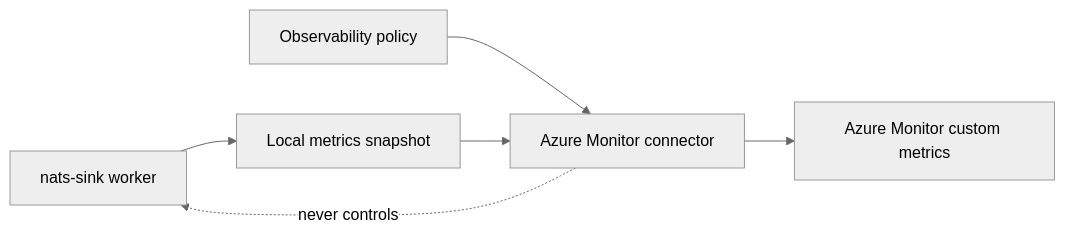
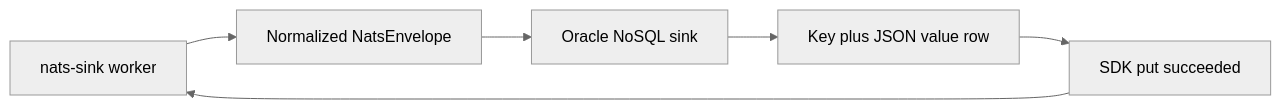
One commit to ProjectCuillin/nats-sinks changed the diagram in docs/test-report.md. Above: the diagram before and after it, drawn with Mermaid (neutral theme). The commit also changed other lines of this file and 32 other files, not shown here.

Commit message:
Add experimental Oracle NoSQL Database sink

````diff
--- a/docs/test-report.md
+++ b/docs/test-report.md
@@ -33,8 +34,8 @@
 ```mermaid
 flowchart LR
-    Runner[nats-sink worker] --> Snapshot[Local metrics snapshot]
-    Policy[Observability policy] --> Azure[Azure Monitor connector]
-    Snapshot --> Azure
-    Azure --> Metrics[Azure Monitor custom metrics]
-    Azure -. never controls .-> Runner
+    Runner[nats-sink worker] --> Envelope[Normalized NatsEnvelope]
+    Envelope --> NoSQL[Oracle NoSQL sink]
+    NoSQL --> Row[Key plus JSON value row]
+    Row --> Commit[SDK put succeeded]
+    Commit --> Runner
 ```
````
